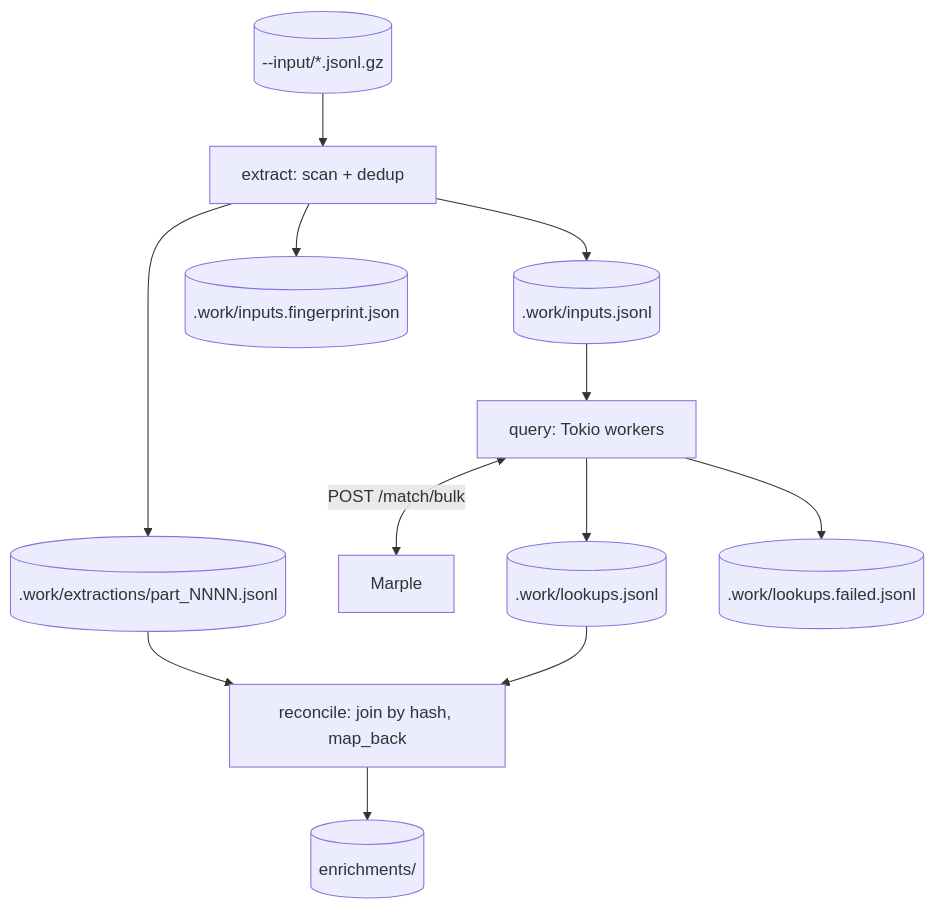
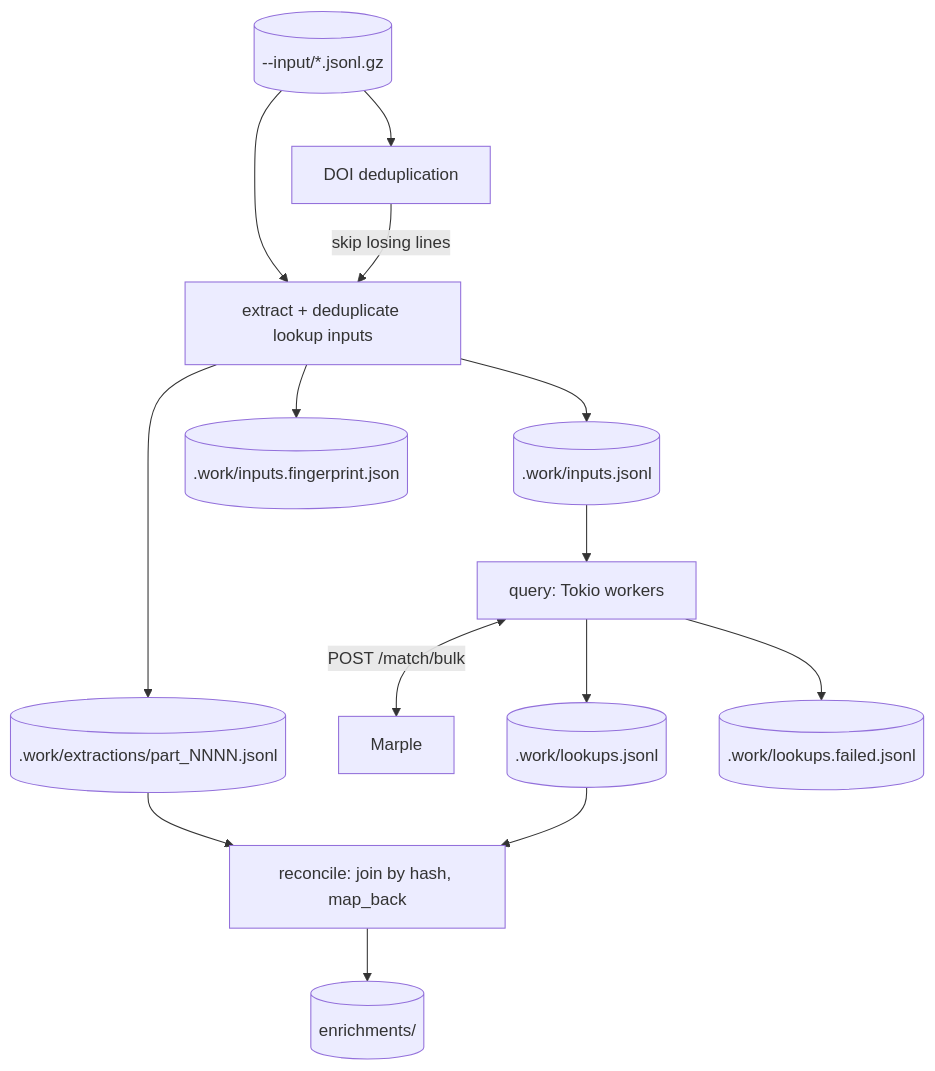
The fourth of 5 diagrams in docs/architecture.md (cometadata/comet-enrich), drawn with Mermaid before and after one commit. The commit also changed other lines of this file and 52 other files, not shown here.

````diff
--- a/docs/architecture.md
+++ b/docs/architecture.md
@@ -120,14 +144,16 @@
 ```mermaid
 flowchart TD
-    input[("--input/*.jsonl.gz")] --> extract["extract: scan + dedup"]
+    input[("--input/*.jsonl.gz")] --> select["DOI deduplication"]
+    input --> extract["extract + deduplicate lookup inputs"]
+    select -->|skip losing lines| extract
     extract --> extparts[(".work/extractions/part_NNNN.jsonl")]
     extract --> inputs[(".work/inputs.jsonl")]
     extract --> fp[(".work/inputs.fingerprint.json")]
     inputs --> query["query: Tokio workers"]
     query <-->|"POST /match/bulk"| marple["Marple"]
     query --> lookups[(".work/lookups.jsonl")]
     query --> failed[(".work/lookups.failed.jsonl")]
     extparts --> reconcile["reconcile: join by hash, map_back"]
     lookups --> reconcile
     reconcile --> out[("enrichments/")]
 ```
````
